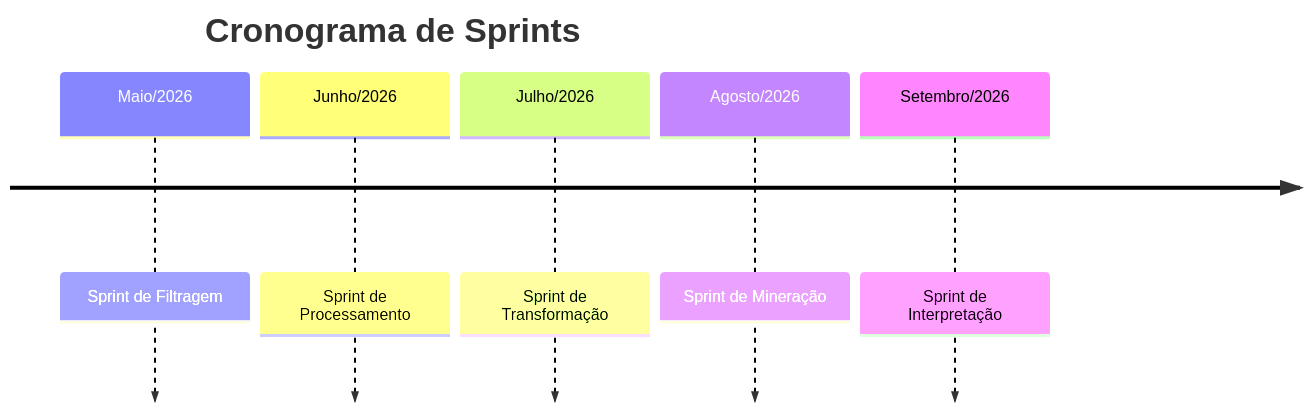
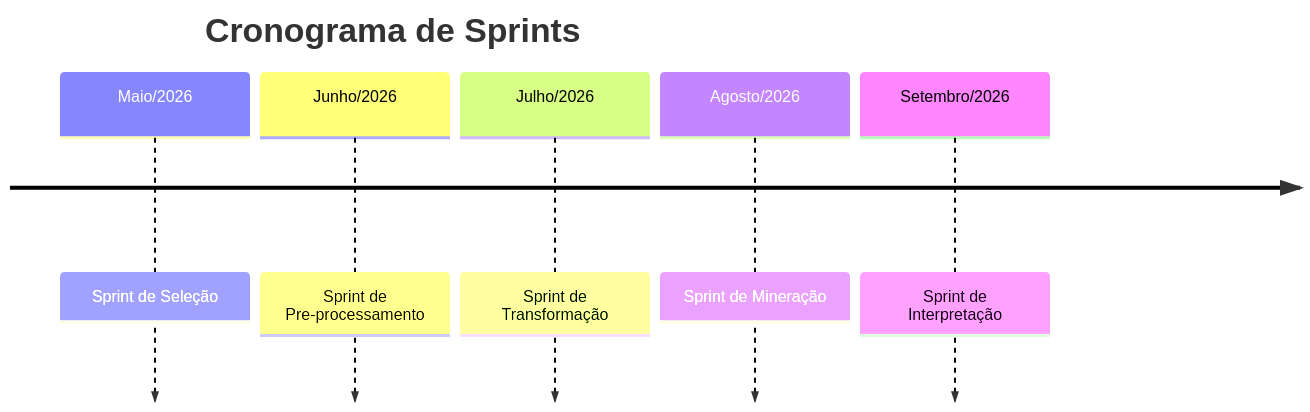
The second of 3 diagrams in README.md (felipe-tertuliano/tcc_inep), drawn with Mermaid before and after one commit. The commit also changed other lines of this file and 3 other files, not shown here.

Commit message:
chore: mermaid in article

````diff
--- a/README.md
+++ b/README.md
@@ -78,9 +78,9 @@
 ```mermaid
 timeline
     title Cronograma de Sprints
-    Maio/2026 : Sprint de Filtragem
-    Junho/2026 : Sprint de Processamento
+    Maio/2026 : Sprint de Seleção
+    Junho/2026 : Sprint de Pre-processamento
     Julho/2026 : Sprint de Transformação
     Agosto/2026 : Sprint de Mineração
     Setembro/2026 : Sprint de Interpretação
 ```
````
